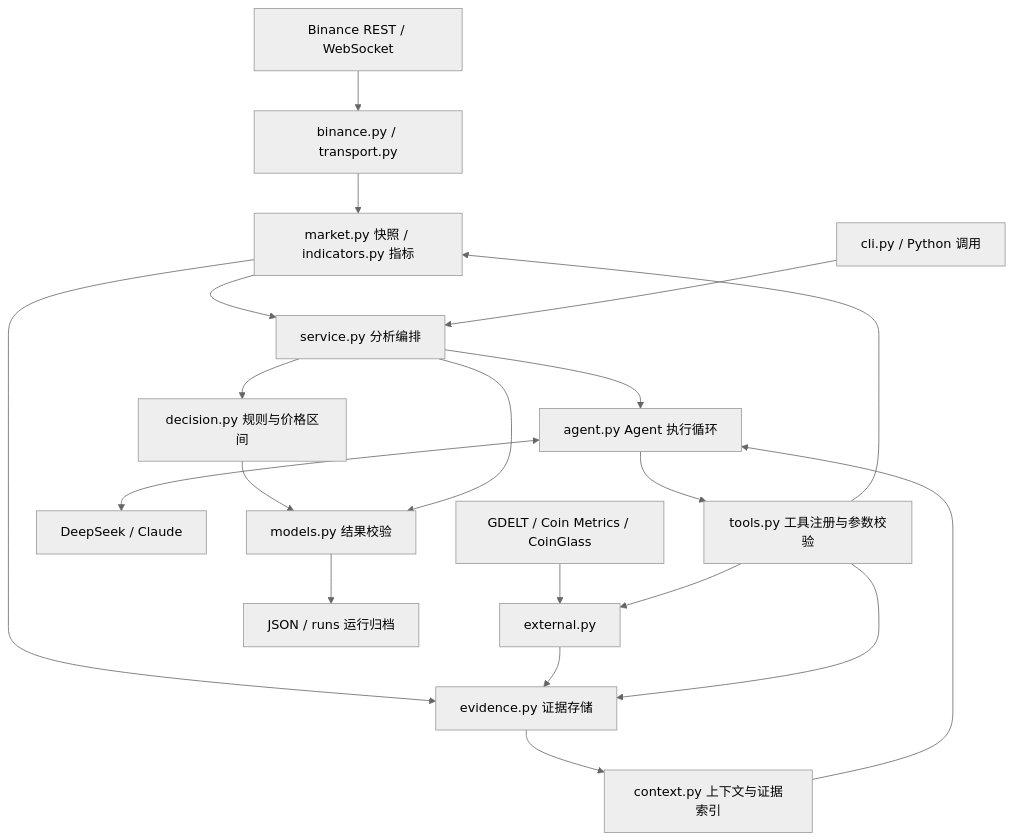
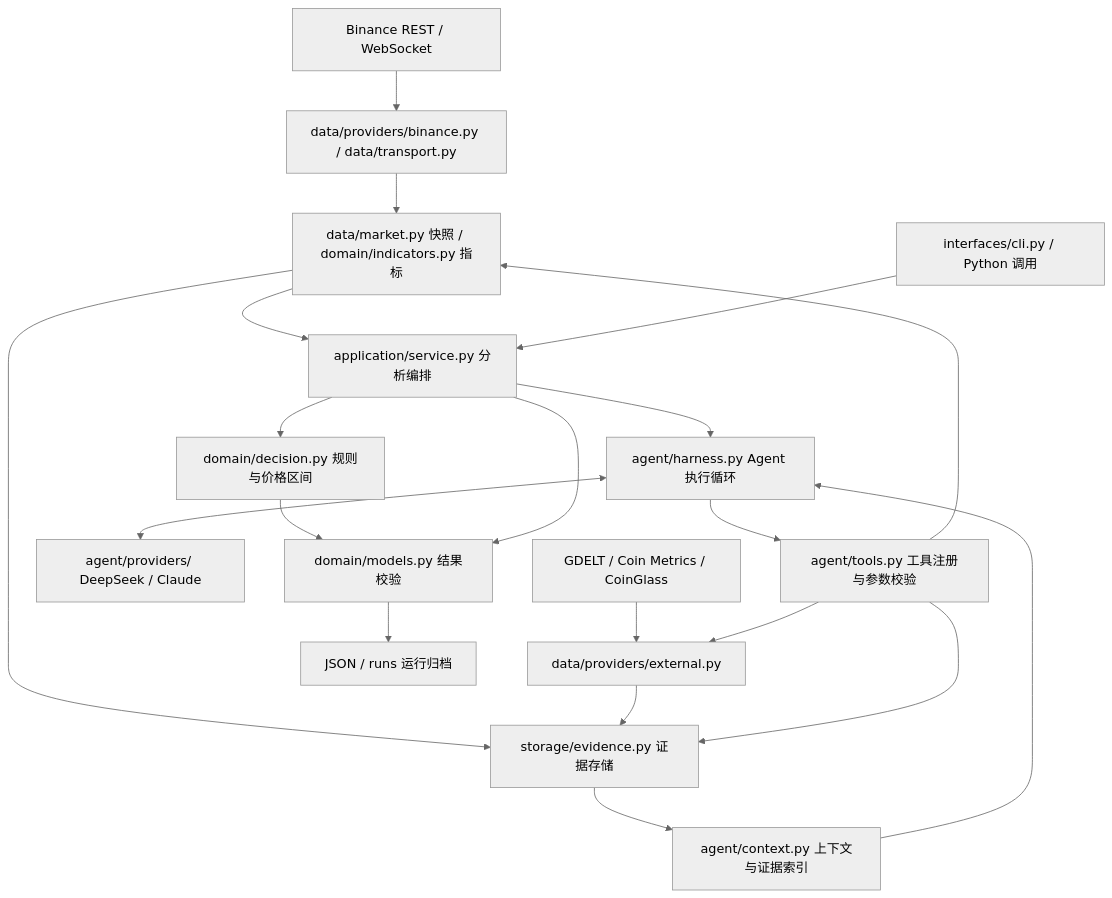
One commit to luckdogone/alpha-pulse changed the first of 2 diagrams in README.md. Above: the diagram before and after it, drawn with Mermaid (neutral theme). The commit also changed other lines of this file and 65 other files, not shown here.

````diff
--- a/README.md
+++ b/README.md
@@ -55,22 +55,22 @@
 ```mermaid
 flowchart TB
-    Binance[Binance REST / WebSocket] --> Access[binance.py / transport.py]
-    Sources[GDELT / Coin Metrics / CoinGlass] --> External[external.py]
-    Access --> Market[market.py 快照 / indicators.py 指标]
-    Market --> Service[service.py 分析编排]
-    Market --> Evidence[evidence.py 证据存储]
+    Binance[Binance REST / WebSocket] --> Access[data/providers/binance.py / data/transport.py]
+    Sources[GDELT / Coin Metrics / CoinGlass] --> External[data/providers/external.py]
+    Access --> Market[data/market.py 快照 / domain/indicators.py 指标]
+    Market --> Service[application/service.py 分析编排]
+    Market --> Evidence[storage/evidence.py 证据存储]
     External --> Evidence
-    CLI[cli.py / Python 调用] --> Service
-    Service --> Rules[decision.py 规则与价格区间]
-    Service --> Agent[agent.py Agent 执行循环]
-    Context[context.py 上下文与证据索引] --> Agent
+    CLI[interfaces/cli.py / Python 调用] --> Service
+    Service --> Rules[domain/decision.py 规则与价格区间]
+    Service --> Agent[agent/harness.py Agent 执行循环]
+    Context[agent/context.py 上下文与证据索引] --> Agent
     Evidence --> Context
-    Agent <--> LLM[DeepSeek / Claude]
-    Agent --> Tools[tools.py 工具注册与参数校验]
+    Agent <--> LLM[agent/providers/ DeepSeek / Claude]
+    Agent --> Tools[agent/tools.py 工具注册与参数校验]
     Tools --> Market
     Tools --> External
     Tools --> Evidence
-    Rules --> Output[models.py 结果校验]
+    Rules --> Output[domain/models.py 结果校验]
     Service --> Output
     Output --> Files[JSON / runs 运行归档]
 ```
````
